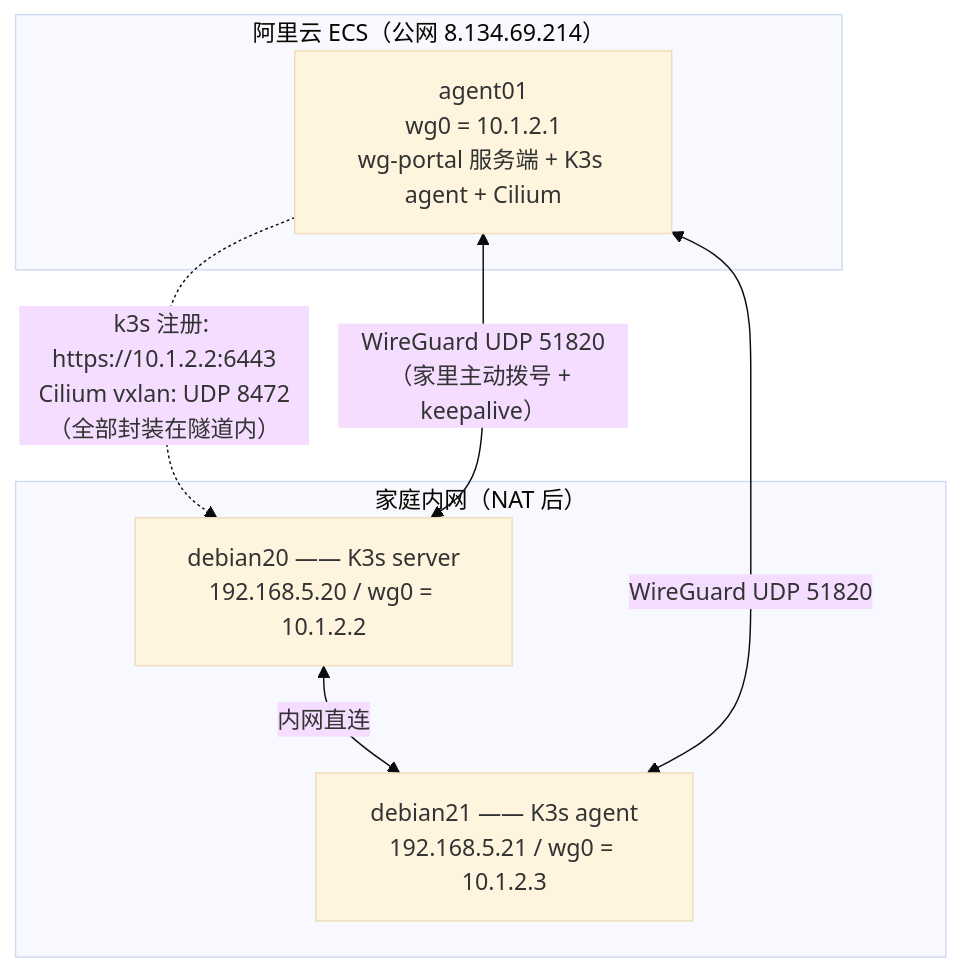
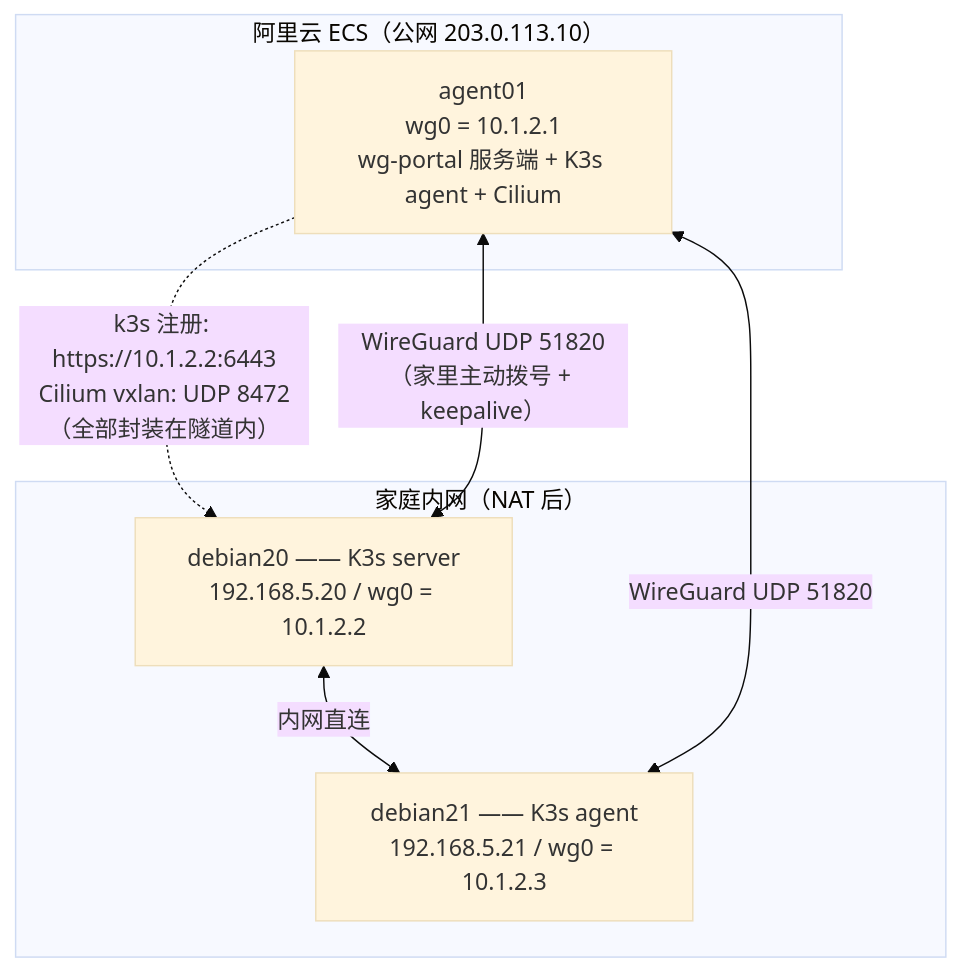
The diagram in content/posts/k3s-wireguard-cloud-agent.md (uwen-chen/uwen-chen.github.io), drawn with Mermaid (base theme) before and after one commit. The commit also changed 2 other files, not shown here.

Commit message:
deploy: 发布到 uwente-chen.github.io
- baseURL 改为 https://uwen-chen.github.io/
- 新增 GitHub Actions 工作流（Hugo extended 0.168.0 + dart-sass + submodule）
- 文章真实公网 IP 脱敏为 203.0.113.10（RFC 5737）

````diff
--- a/content/posts/k3s-wireguard-cloud-agent.md
+++ b/content/posts/k3s-wireguard-cloud-agent.md
@@ -31,17 +31,17 @@
 ```mermaid
 graph TB
-    subgraph ALIYUN["阿里云 ECS（公网 8.134.69.214）"]
+    subgraph ALIYUN["阿里云 ECS（公网 203.0.113.10）"]
         A1["agent01<br/>wg0 = 10.1.2.1<br/>wg-portal 服务端 + K3s agent + Cilium"]
     end
 
     subgraph HOME["家庭内网（NAT 后）"]
         M["debian20 —— K3s server<br/>192.168.5.20 / wg0 = 10.1.2.2"]
         W["debian21 —— K3s agent<br/>192.168.5.21 / wg0 = 10.1.2.3"]
     end
 
     M <-- "WireGuard UDP 51820<br/>（家里主动拨号 + keepalive）" --> A1
     W <-- "WireGuard UDP 51820" --> A1
     M <-- "内网直连" --> W
 
     A1 -. "k3s 注册: https://10.1.2.2:6443<br/>Cilium vxlan: UDP 8472<br/>（全部封装在隧道内）" .-> M
 ```
````
